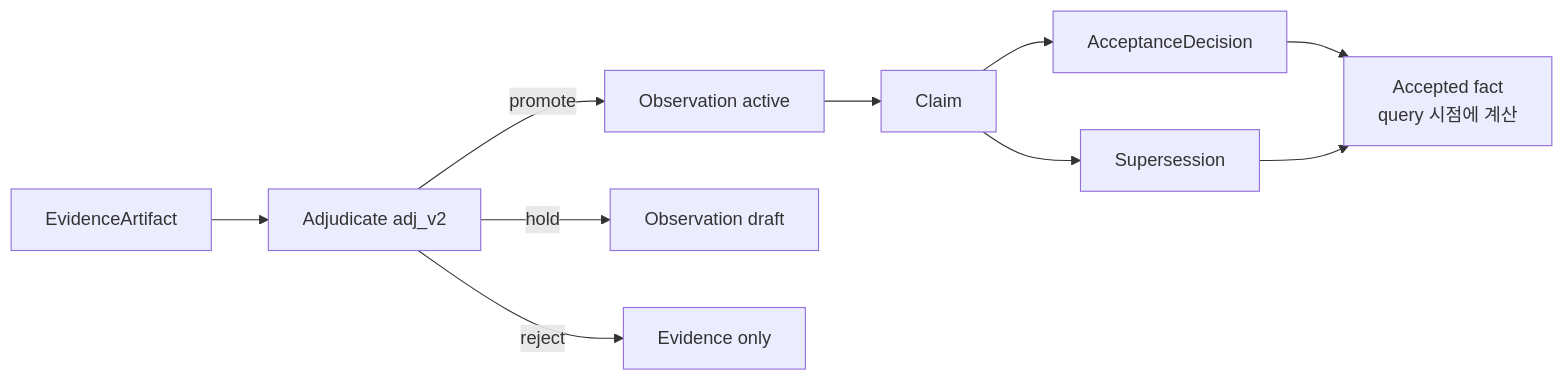
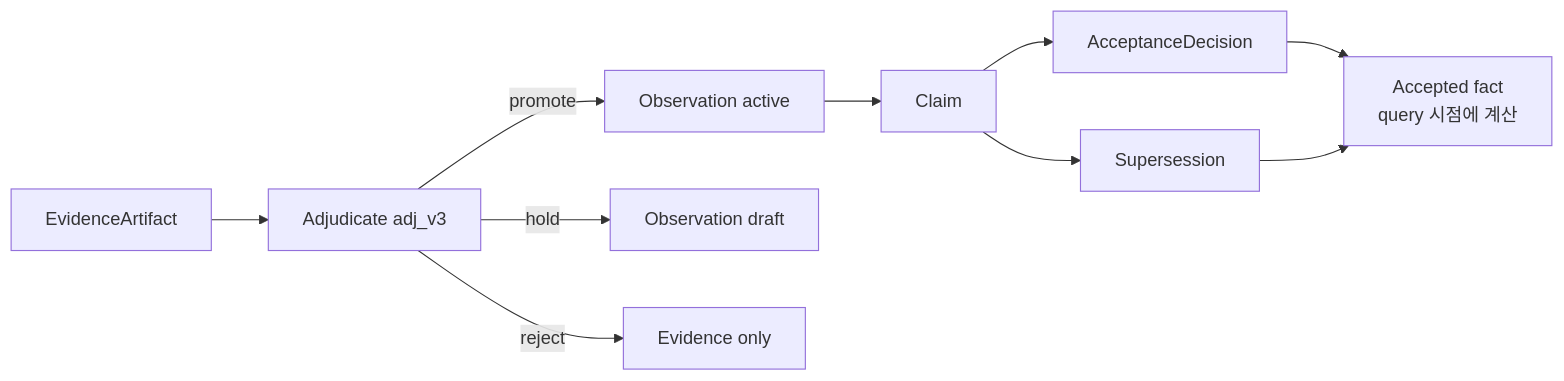
One commit to innocarpe/CarpeOS changed the first of 3 diagrams in README.ko.md. Above: the diagram before and after it, drawn with Mermaid. The commit also changed other lines of this file and 4 other files, not shown here.

````diff
--- a/README.ko.md
+++ b/README.ko.md
@@ -108,12 +125,12 @@
 ```mermaid
 flowchart LR
-  E[EvidenceArtifact] --> J[Adjudicate adj_v2]
+  E[EvidenceArtifact] --> J[Adjudicate adj_v3]
   J -->|promote| O[Observation active]
   J -->|hold| H[Observation draft]
   J -->|reject| R[Evidence only]
   O --> C[Claim]
   C --> A[AcceptanceDecision]
   C --> S[Supersession]
   A --> F[Accepted fact<br/>query 시점에 계산]
   S --> F
 ```
````
